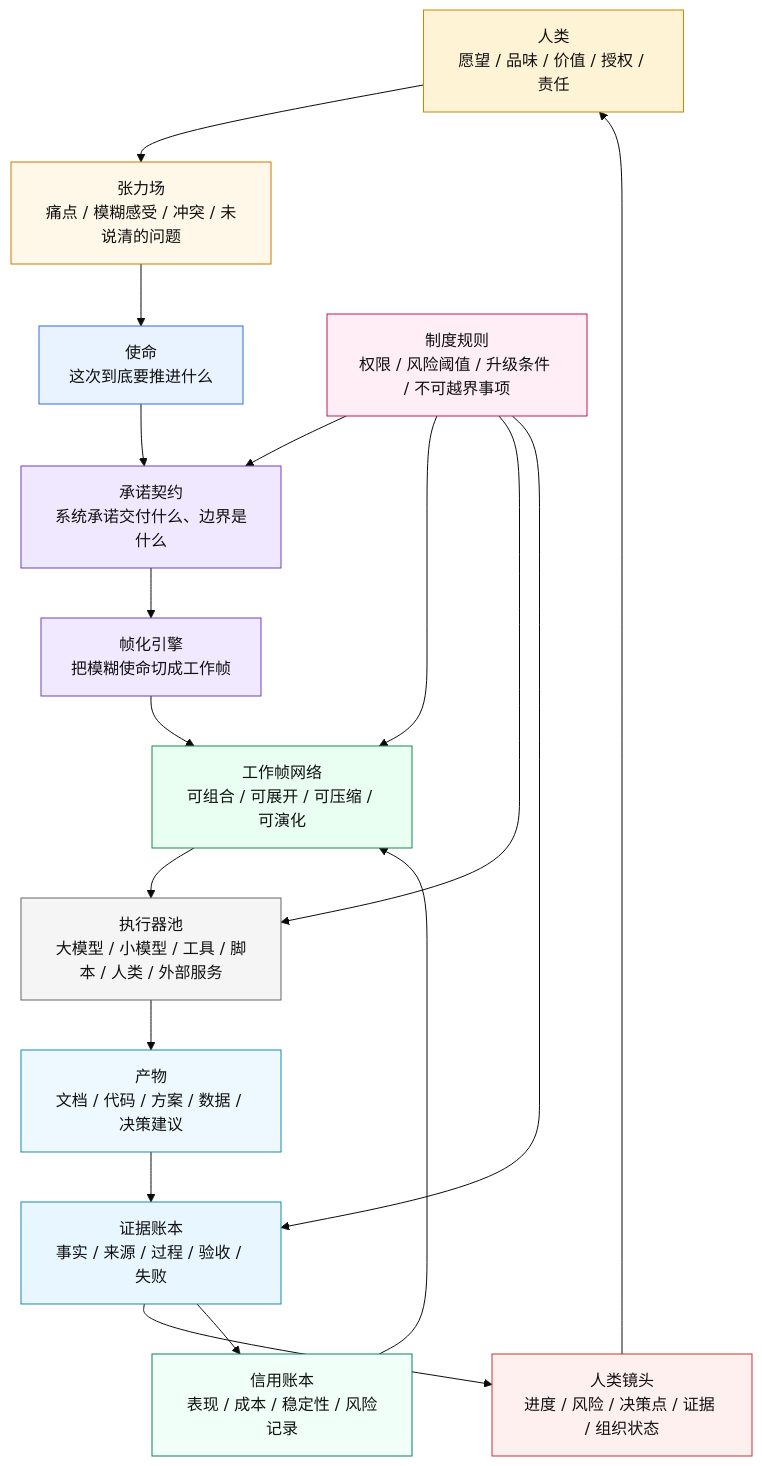
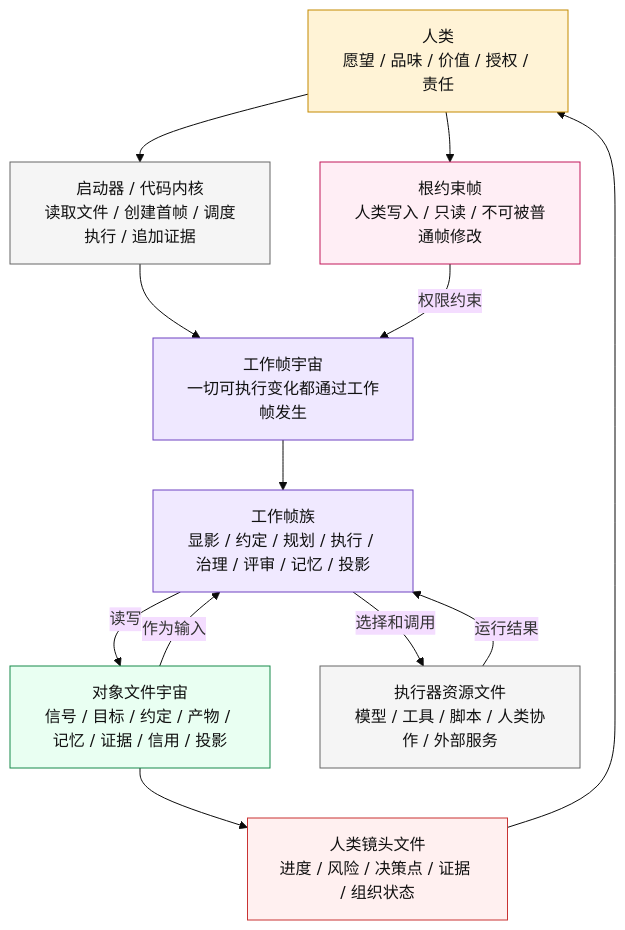
One commit to tiachuaxiyashua/cyber-editor changed the first of 10 diagrams in truth/06-人工智能软件社会帧元架构导览.md. Above: the diagram before and after it, drawn with Mermaid (base theme). The commit also changed other lines of this file, not shown here.

Commit message:
docs: refine truth frame universe model

````diff
--- a/truth/06-人工智能软件社会帧元架构导览.md
+++ b/truth/06-人工智能软件社会帧元架构导览.md
@@ -76,40 +76,34 @@
 ```mermaid
 flowchart TB
   人类["人类<br/>愿望 / 品味 / 价值 / 授权 / 责任"]:::human
 
-  张力["张力场<br/>痛点 / 模糊感受 / 冲突 / 未说清的问题"]:::signal
-  使命["使命<br/>这次到底要推进什么"]:::mission
-  承诺["承诺契约<br/>系统承诺交付什么、边界是什么"]:::contract
+  启动器["启动器 / 代码内核<br/>读取文件 / 创建首帧 / 调度执行 / 追加证据"]:::kernel
+  根约束帧["根约束帧<br/>人类写入 / 只读 / 不可被普通帧修改"]:::rootFrame
 
-  帧化["帧化引擎<br/>把模糊使命切成工作帧"]:::core
-  帧图["工作帧网络<br/>可组合 / 可展开 / 可压缩 / 可演化"]:::frameNetwork
+  帧宇宙["工作帧宇宙<br/>一切可执行变化都通过工作帧发生"]:::frameWorld
+  帧族["工作帧族<br/>显影 / 约定 / 规划 / 执行 / 治理 / 评审 / 记忆 / 投影"]:::frameFamily
 
-  执行池["执行器池<br/>大模型 / 小模型 / 工具 / 脚本 / 人类 / 外部服务"]:::executor
-  产物["产物<br/>文档 / 代码 / 方案 / 数据 / 决策建议"]:::artifact
-  证据["证据账本<br/>事实 / 来源 / 过程 / 验收 / 失败"]:::evidence
-  信用["信用账本<br/>表现 / 成本 / 稳定性 / 风险记录"]:::credit
-  镜头["人类镜头<br/>进度 / 风险 / 决策点 / 证据 / 组织状态"]:::lens
+  对象文件["对象文件宇宙<br/>信号 / 目标 / 约定 / 产物 / 记忆 / 证据 / 信用 / 投影"]:::fileObject
+  执行器文件["执行器资源文件<br/>模型 / 工具 / 脚本 / 人类协作 / 外部服务"]:::executor
+  镜头文件["人类镜头文件<br/>进度 / 风险 / 决策点 / 证据 / 组织状态"]:::lens
 
-  制度["制度规则<br/>权限 / 风险阈值 / 升级条件 / 不可越界事项"]:::policy
-
-  人类 --> 张力 --> 使命 --> 承诺 --> 帧化 --> 帧图
-  帧图 --> 执行池 --> 产物 --> 证据 --> 镜头 --> 人类
-  证据 --> 信用 --> 帧图
-  制度 --> 承诺
-  制度 --> 帧图
-  制度 --> 执行池
-  制度 --> 证据
+  人类 --> 启动器
+  人类 --> 根约束帧
+  启动器 --> 帧宇宙
+  根约束帧 -->|权限约束| 帧宇宙
+  帧宇宙 --> 帧族
+  帧族 -->|读写| 对象文件
+  对象文件 -->|作为输入| 帧族
+  帧族 -->|选择和调用| 执行器文件
+  执行器文件 -->|运行结果| 帧族
+  对象文件 --> 镜头文件 --> 人类
 
   classDef human fill:#fff3d6,stroke:#c48a00,color:#111;
-  classDef signal fill:#fff7e8,stroke:#cc7a00,color:#111;
-  classDef mission fill:#e9f2ff,stroke:#2f6fd6,color:#111;
-  classDef contract fill:#efe8ff,stroke:#6f42c1,color:#111;
-  classDef core fill:#f0e9ff,stroke:#6f42c1,color:#111;
-  classDef frameNetwork fill:#e9fff2,stroke:#168a4a,color:#111;
+  classDef kernel fill:#f5f5f5,stroke:#666,color:#111;
+  classDef rootFrame fill:#ffeef5,stroke:#c2185b,color:#111;
+  classDef frameWorld fill:#efe8ff,stroke:#6f42c1,color:#111;
+  classDef frameFamily fill:#f0e9ff,stroke:#6f42c1,color:#111;
+  classDef fileObject fill:#e9fff2,stroke:#168a4a,color:#111;
   classDef executor fill:#f5f5f5,stroke:#666,color:#111;
-  classDef artifact fill:#eef9ff,stroke:#168aad,color:#111;
-  classDef evidence fill:#e8f7ff,stroke:#168aad,color:#111;
-  classDef credit fill:#f0fff8,stroke:#0d7f63,color:#111;
   classDef lens fill:#fff0f0,stroke:#c93333,color:#111;
-  classDef policy fill:#ffeef5,stroke:#c2185b,color:#111;
 ```
````
